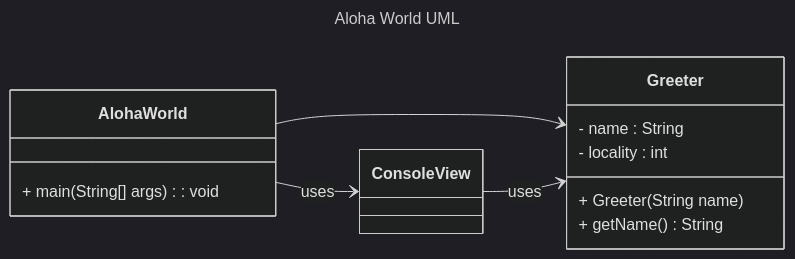
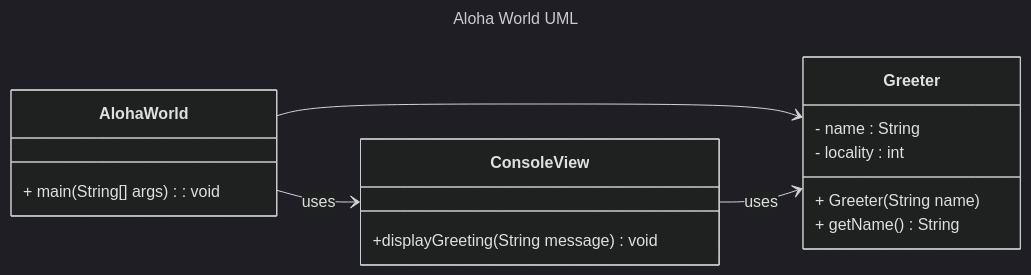
Before and after one commit to liulu0713/5004homework: the diagram in homework-01-aloha-world-1/Report.md, drawn with Mermaid (dark theme). The commit also changed other lines of this file, not shown here.

Commit message:
program flow updated

````diff
--- a/homework-01-aloha-world-1/Report.md
+++ b/homework-01-aloha-world-1/Report.md
@@ -10,23 +10,24 @@
 ```mermaid
 ---
 title: Aloha World UML
 ---
 classDiagram
     direction LR
     AlohaWorld --> Greeter 
     AlohaWorld --> ConsoleView : uses
     ConsoleView --> Greeter : uses
     class AlohaWorld {
         + main(String[] args) : void
     }
     class Greeter {
         - name : String
         - locality : int
         + Greeter(String name)
         + getName() String
         
     }
     class ConsoleView {
+       +displayGreeting(String message) void
         
     }
 ```
````
